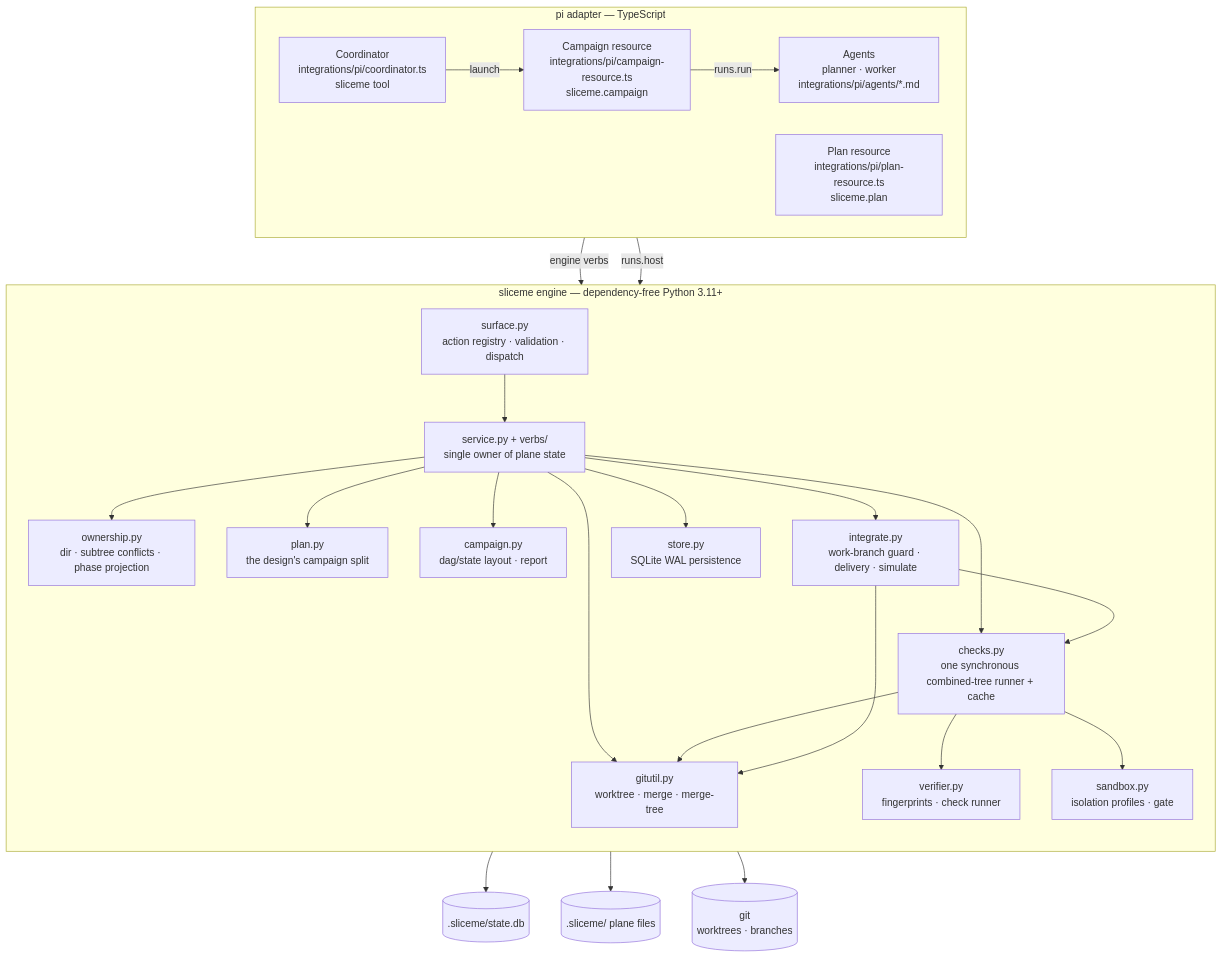
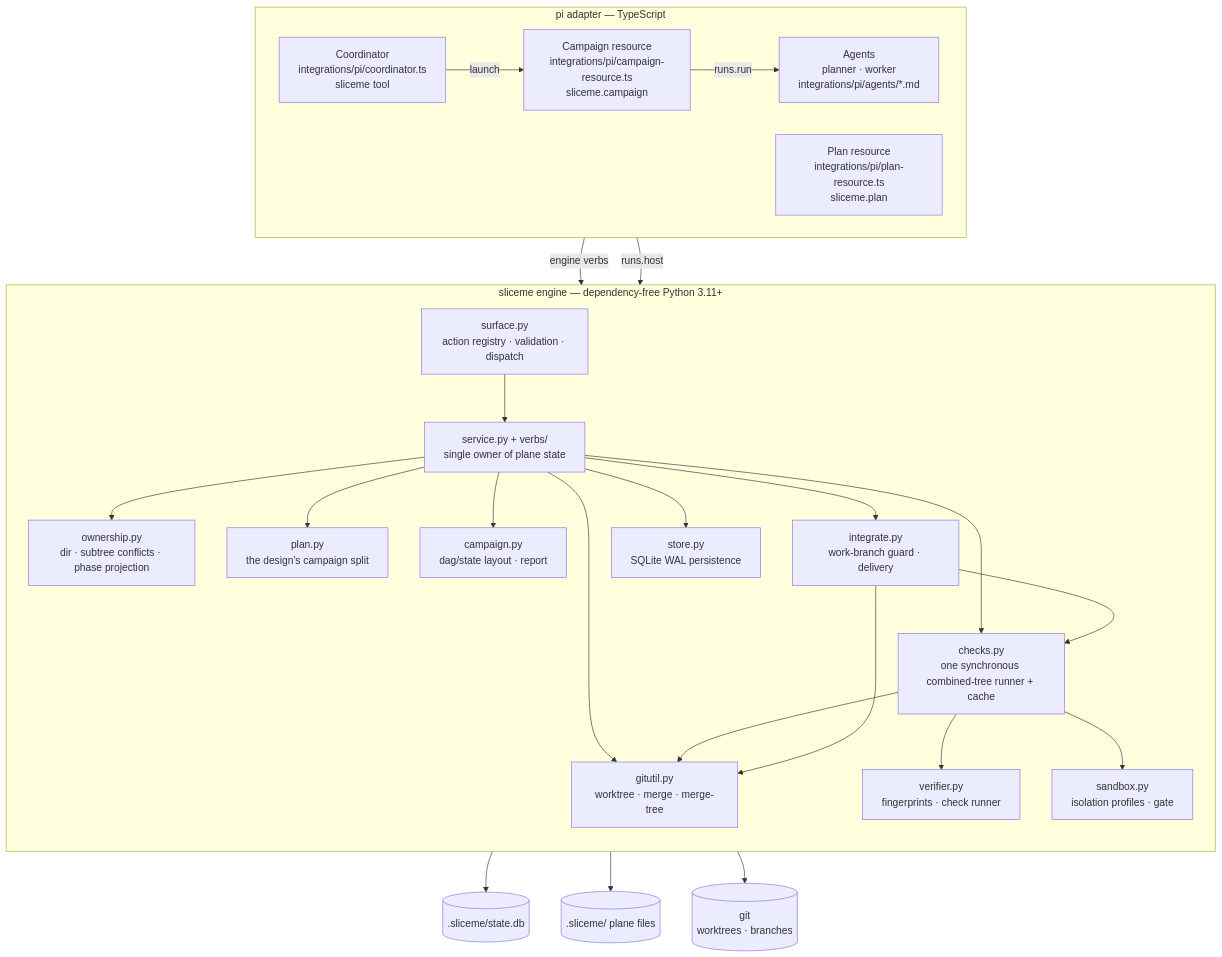
The second of 10 diagrams in docs/architecture.md (ming6ao/sliceme), drawn with Mermaid before and after one commit. The commit also changed other lines of this file and 9 other files, not shown here.

````diff
--- a/docs/architecture.md
+++ b/docs/architecture.md
@@ -80,50 +80,50 @@
 ```mermaid
 flowchart TB
   subgraph adapter["pi adapter — TypeScript"]
     direction LR
     CO["Coordinator<br/>integrations/pi/coordinator.ts<br/>sliceme tool"]
     RS["Campaign resource<br/>integrations/pi/campaign-resource.ts<br/>sliceme.campaign"]
     PR["Plan resource<br/>integrations/pi/plan-resource.ts<br/>sliceme.plan"]
     SA["Agents<br/>planner · worker<br/>integrations/pi/agents/*.md"]
   end
 
   subgraph engine["sliceme engine — dependency-free Python 3.11+"]
     direction TB
     SU["surface.py<br/>action registry · validation · dispatch"]
     SE["service.py + verbs/<br/>single owner of plane state"]
     OW["ownership.py<br/>dir · subtree conflicts · phase projection"]
     PL["plan.py<br/>the design's campaign split"]
     CA["campaign.py<br/>dag/state layout · report"]
     VE["verifier.py<br/>fingerprints · check runner"]
     SB["sandbox.py<br/>isolation profiles · gate"]
     CH["checks.py<br/>one synchronous combined-tree runner + cache"]
-    IN["integrate.py<br/>work-branch guard · delivery · simulate"]
+    IN["integrate.py<br/>work-branch guard · delivery"]
     GU["gitutil.py<br/>worktree · merge · merge-tree"]
     STO["store.py<br/>SQLite WAL persistence"]
   end
 
   STATE[(".sliceme/state.db")]
   FILES[(".sliceme/ plane files")]
   GIT[("git<br/>worktrees · branches")]
 
   CO -->|"engine verbs"| SU
   CO -->|"launch"| RS
   RS -->|"runs.run"| SA
   RS -->|"runs.host"| SU
   SU --> SE
   SE --> OW
   SE --> PL
   SE --> CA
   SE --> IN
   SE --> CH
   SE --> GU
   CH --> VE
   CH --> SB
   CH --> GU
   IN --> GU
   IN --> CH
   SE --> STO
   STO --> STATE
   CA --> FILES
   GU --> GIT
 ```
````
